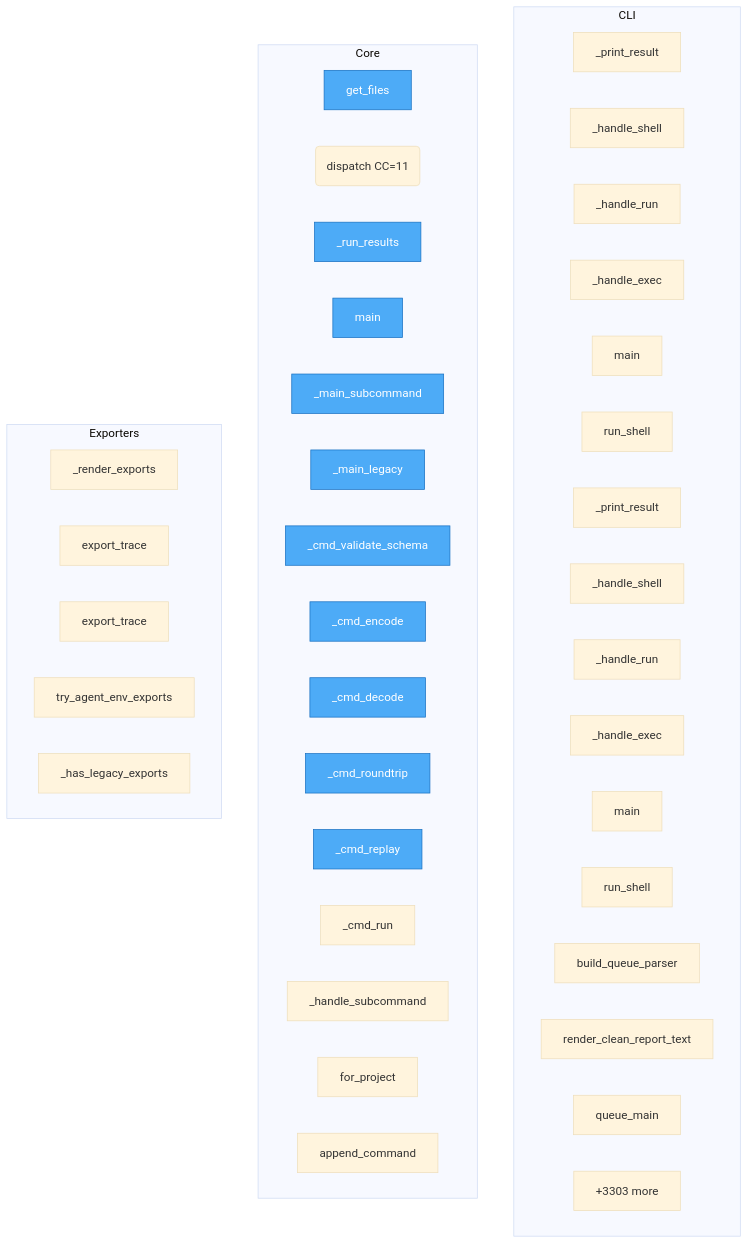
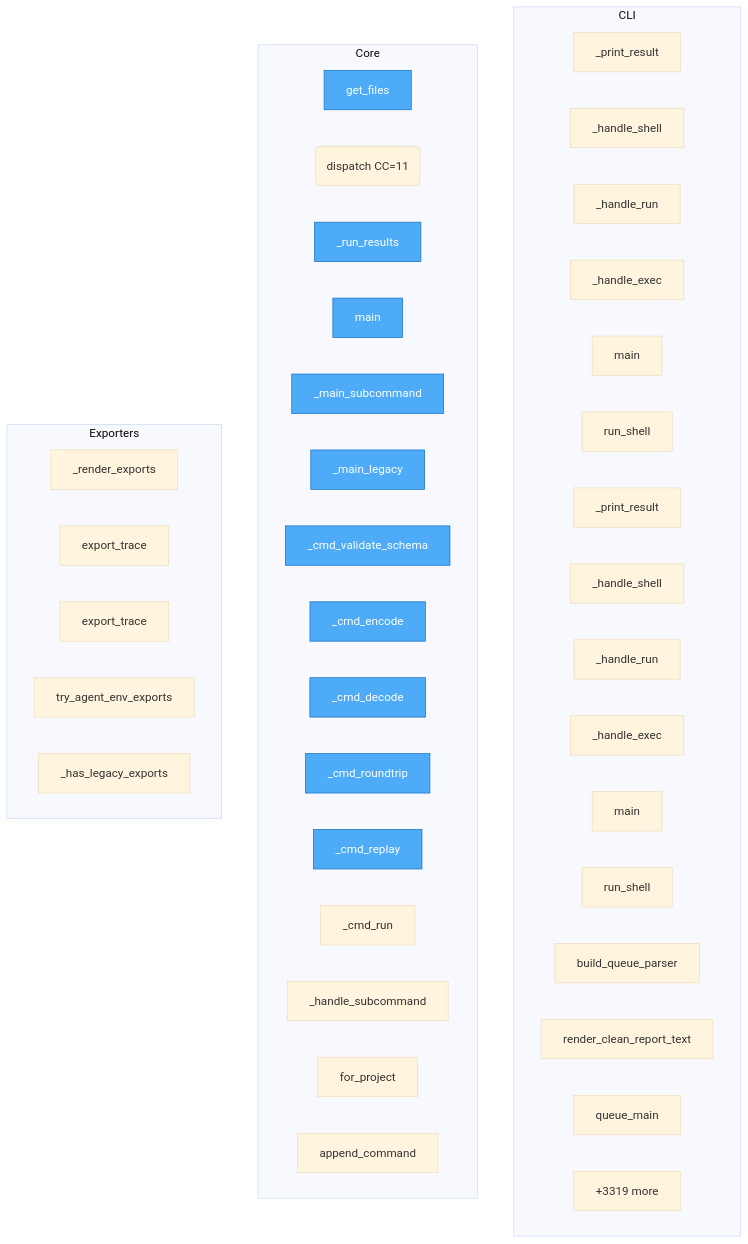
Before and after one commit to semcod/koru: the diagram in project/flow.mmd, drawn with Mermaid (base theme). The commit also changed 43 other files, not shown here.

```diff
--- a/project/flow.mmd
+++ b/project/flow.mmd
@@ -1,53 +1,53 @@
 flowchart TD
-%% generated in 0.97s
+%% generated in 3.62s
 
     %% Entry points (blue)
     classDef entry fill:#4dabf7,stroke:#1971c2,color:#fff
 
     subgraph CLI
         packages__cli2koru__src__cli2koru__cli___print_result["_print_result"]
         packages__cli2koru__src__cli2koru__cli___handle_shell["_handle_shell"]
         packages__cli2koru__src__cli2koru__cli___handle_run["_handle_run"]
         packages__cli2koru__src__cli2koru__cli___handle_exec["_handle_exec"]
         packages__cli2koru__src__cli2koru__cli__main["main"]
         packages__cli2koru__src__cli2koru__shell__run_shell["run_shell"]
         packages__cli2coru__src__cli2coru__cli___print_result["_print_result"]
         packages__cli2coru__src__cli2coru__cli___handle_shell["_handle_shell"]
         packages__cli2coru__src__cli2coru__cli___handle_run["_handle_run"]
         packages__cli2coru__src__cli2coru__cli___handle_exec["_handle_exec"]
         packages__cli2coru__src__cli2coru__cli__main["main"]
         packages__cli2coru__src__cli2coru__shell__run_shell["run_shell"]
         koru__cli_queue__build_queue_parser["build_queue_parser"]
         koru__cli_queue__render_clean_report_text["render_clean_report_text"]
         koru__cli_queue__queue_main["queue_main"]
         ...["+4 more"]
     end
 
     subgraph Core
         check_dups__get_files["get_files"]
         packages__dsl2koru__src__dsl2koru__bus__dispatch("dispatch CC=11")
         packages__dsl2koru__src__dsl2koru__cli___run_results["_run_results"]
         packages__dsl2koru__src__dsl2koru__cli__main["main"]
         packages__dsl2koru__src__dsl2koru__cli___main_subcommand["_main_subcommand"]
         packages__dsl2koru__src__dsl2koru__cli___main_legacy["_main_legacy"]
         packages__dsl2koru__src__dsl2koru__cli___cmd_validate_schema["_cmd_validate_schema"]
         packages__dsl2koru__src__dsl2koru__cli___cmd_encode["_cmd_encode"]
         packages__dsl2koru__src__dsl2koru__cli___cmd_decode["_cmd_decode"]
         packages__dsl2koru__src__dsl2koru__cli___cmd_roundtrip["_cmd_roundtrip"]
         packages__dsl2koru__src__dsl2koru__cli___cmd_replay["_cmd_replay"]
         packages__dsl2koru__src__dsl2koru__cli___cmd_run["_cmd_run"]
         packages__dsl2koru__src__dsl2koru__cli___handle_subcommand["_handle_subcommand"]
         packages__dsl2koru__src__dsl2koru__events__EventStore__for_project["for_project"]
         packages__dsl2koru__src__dsl2koru__events__EventStore__append_command["append_command"]
-        ...["+3303 more"]
+        ...["+3319 more"]
     end
 
     subgraph Exporters
         packages__koruenv__src__koruenv__cli___render_exports["_render_exports"]
         packages__nlpshim__src__nlpshim__conversation_client__ConversationTestClient__export_trace["export_trace"]
         packages__nlpshim__src__nlpshim__conversation_test_api__export_trace["export_trace"]
         src__koru__agent_cli_helpers__try_agent_env_exports["try_agent_env_exports"]
         src__koru__cli___has_legacy_exports["_has_legacy_exports"]
     end
 
     class check_dups__get_files,packages__dsl2koru__src__dsl2koru__cli___run_results,packages__dsl2koru__src__dsl2koru__cli__main,packages__dsl2koru__src__dsl2koru__cli___main_subcommand,packages__dsl2koru__src__dsl2koru__cli___main_legacy,packages__dsl2koru__src__dsl2koru__cli___cmd_validate_schema,packages__dsl2koru__src__dsl2koru__cli___cmd_encode,packages__dsl2koru__src__dsl2koru__cli___cmd_decode,packages__dsl2koru__src__dsl2koru__cli___cmd_roundtrip,packages__dsl2koru__src__dsl2koru__cli___cmd_replay entry
```
